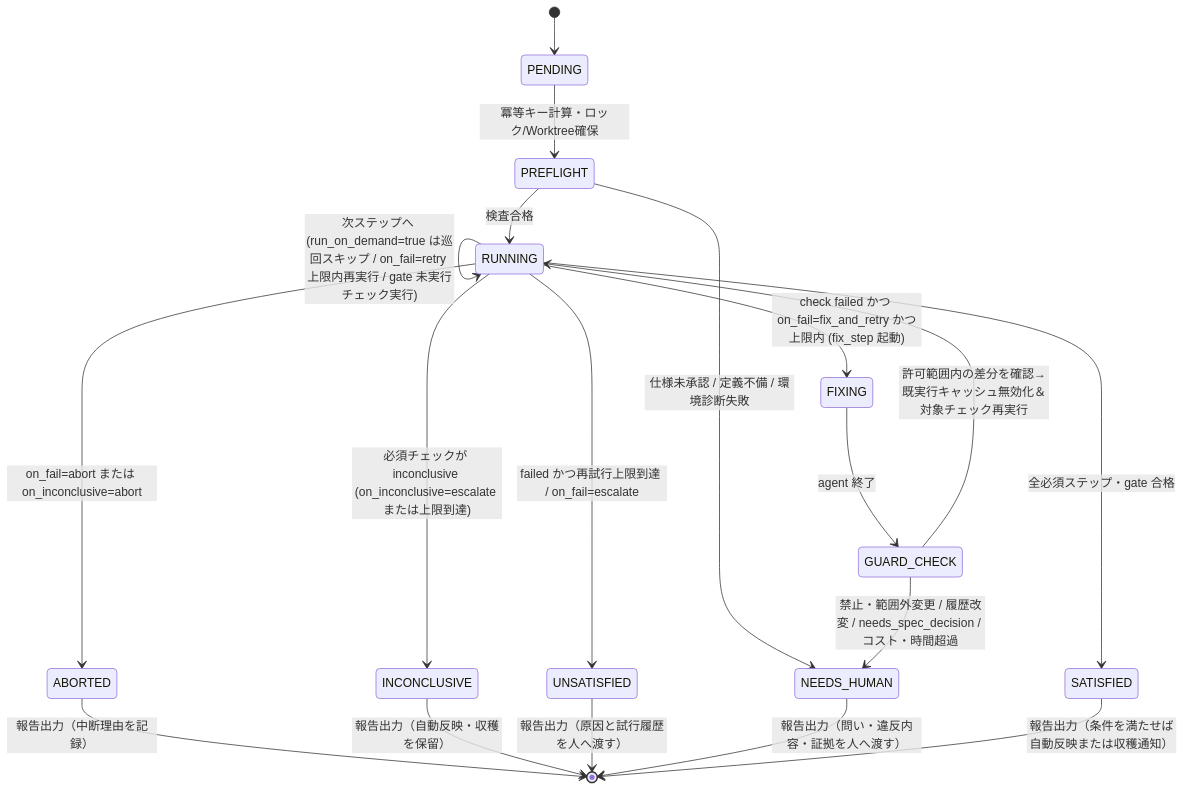
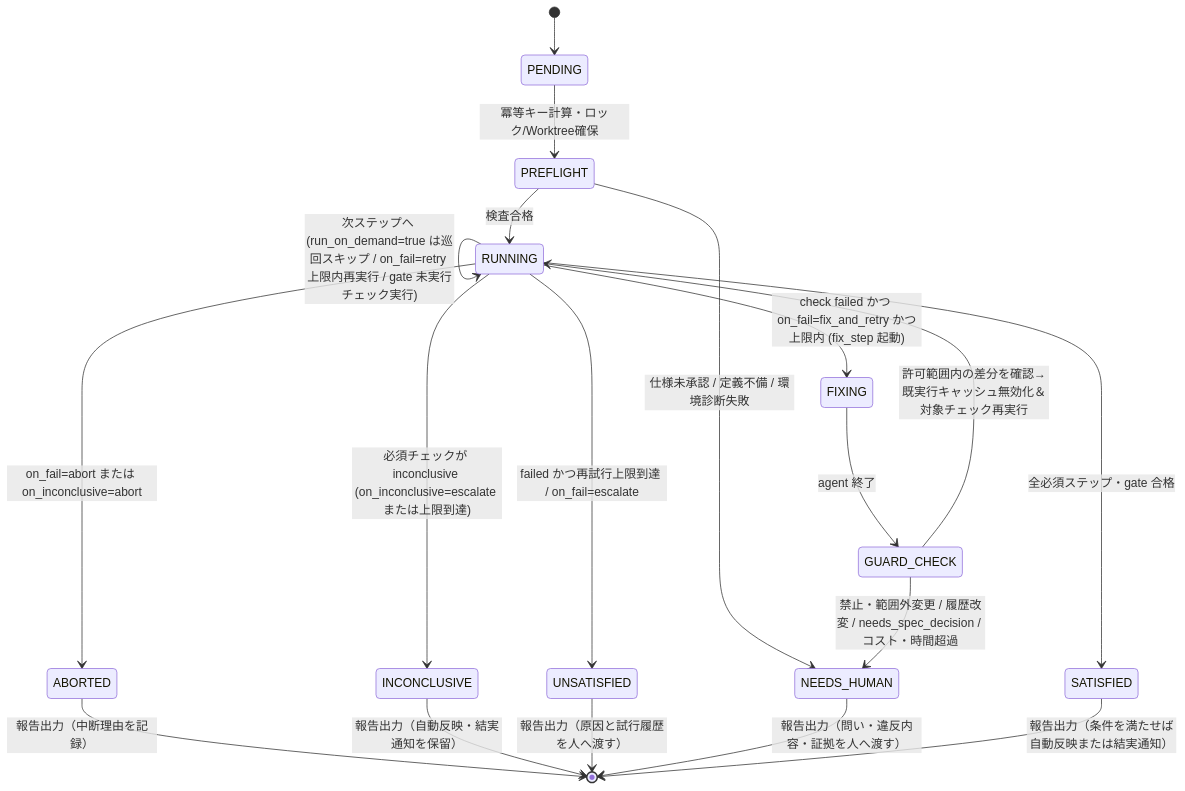
One commit to s-hiraoku/hiraoku-software-garden changed the second of 2 diagrams in docs/implementation/detailed-design.md. Above: the diagram before and after it, drawn with Mermaid. The commit also changed other lines of this file and 2 other files, not shown here.

````diff
--- a/docs/implementation/detailed-design.md
+++ b/docs/implementation/detailed-design.md
@@ -372,21 +372,21 @@
 ```mermaid
 stateDiagram-v2
     [*] --> PENDING
     PENDING --> PREFLIGHT: 冪等キー計算・ロック/Worktree確保
     PREFLIGHT --> NEEDS_HUMAN: 仕様未承認 / 定義不備 / 環境診断失敗
     PREFLIGHT --> RUNNING: 検査合格
     RUNNING --> RUNNING: 次ステップへ (run_on_demand=true は巡回スキップ / on_fail=retry 上限内再実行 / gate 未実行チェック実行)
     RUNNING --> FIXING: check failed かつ on_fail=fix_and_retry かつ上限内 (fix_step 起動)
     FIXING --> GUARD_CHECK: agent 終了
     GUARD_CHECK --> NEEDS_HUMAN: 禁止・範囲外変更 / 履歴改変 / needs_spec_decision / コスト・時間超過
     GUARD_CHECK --> RUNNING: 許可範囲内の差分を確認→既実行キャッシュ無効化＆対象チェック再実行
     RUNNING --> ABORTED: on_fail=abort または on_inconclusive=abort
     RUNNING --> INCONCLUSIVE: 必須チェックが inconclusive (on_inconclusive=escalate または上限到達)
     RUNNING --> UNSATISFIED: failed かつ再試行上限到達 / on_fail=escalate
     RUNNING --> SATISFIED: 全必須ステップ・gate 合格
     ABORTED --> [*]: 報告出力（中断理由を記録）
-    INCONCLUSIVE --> [*]: 報告出力（自動反映・収穫を保留）
+    INCONCLUSIVE --> [*]: 報告出力（自動反映・結実通知を保留）
     UNSATISFIED --> [*]: 報告出力（原因と試行履歴を人へ渡す）
     NEEDS_HUMAN --> [*]: 報告出力（問い・違反内容・証拠を人へ渡す）
-    SATISFIED --> [*]: 報告出力（条件を満たせば自動反映または収穫通知）
+    SATISFIED --> [*]: 報告出力（条件を満たせば自動反映または結実通知）
 ```
````
